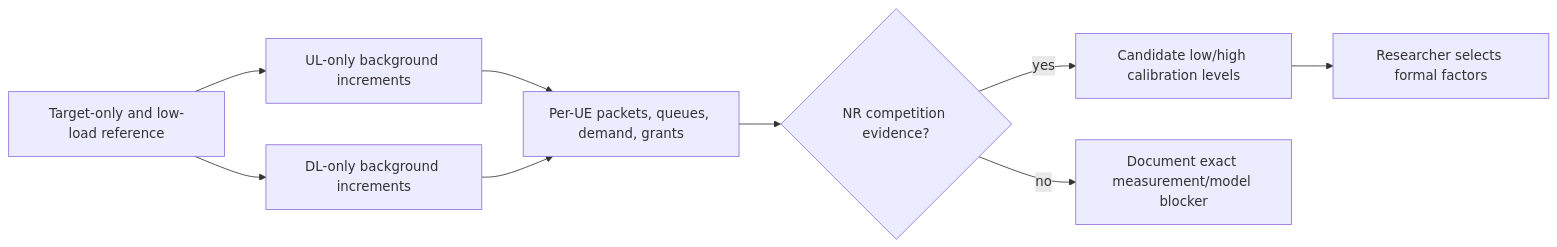
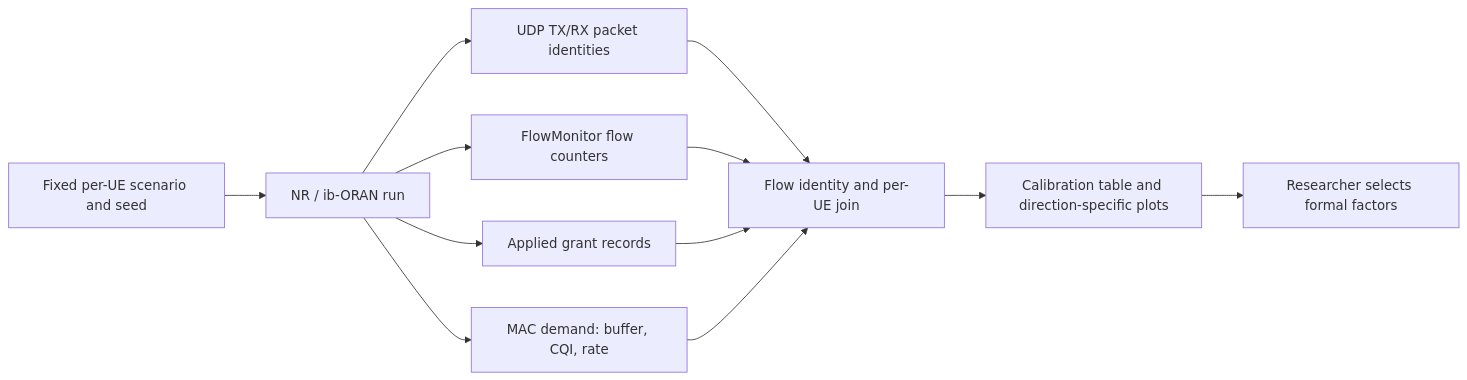
The diagram in docs/missions/RA-ENG-005-load-calibration.md (kirolossedra/oran-publication), drawn with Mermaid before and after one commit. The commit also changed other lines of this file and 18 other files, not shown here.

````diff
--- a/docs/missions/RA-ENG-005-load-calibration.md
+++ b/docs/missions/RA-ENG-005-load-calibration.md
@@ -29,11 +27,14 @@
 ```mermaid
 flowchart LR
-  BASE[Target-only and low-load reference] --> UL[UL-only background increments]
-  BASE --> DL[DL-only background increments]
-  UL --> EVIDENCE[Per-UE packets, queues, demand, grants]
-  DL --> EVIDENCE
-  EVIDENCE --> DECISION{NR competition evidence?}
-  DECISION -->|yes| CANDIDATE[Candidate low/high calibration levels]
-  DECISION -->|no| BLOCKER[Document exact measurement/model blocker]
-  CANDIDATE --> HUMAN[Researcher selects formal factors]
+  CFG[Fixed per-UE scenario and seed] --> SIM[NR / ib-ORAN run]
+  SIM --> APP[UDP TX/RX packet identities]
+  SIM --> FM[FlowMonitor flow counters]
+  SIM --> GR[Applied grant records]
+  SIM --> D[MAC demand: buffer, CQI, rate]
+  APP --> J[Flow identity and per-UE join]
+  FM --> J
+  GR --> J
+  D --> J
+  J --> O[Calibration table and direction-specific plots]
+  O --> H[Researcher selects formal factors]
 ```
````
